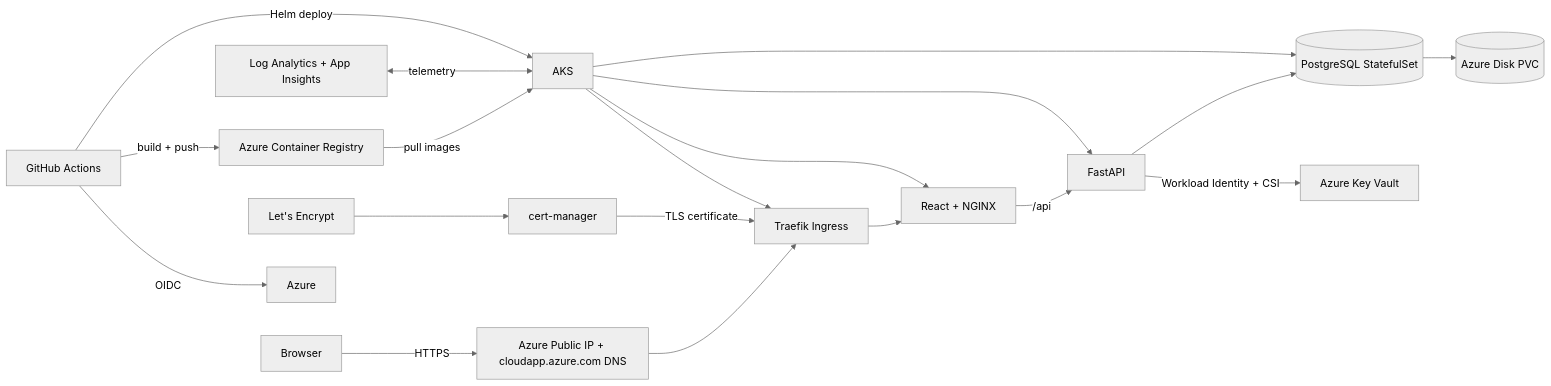
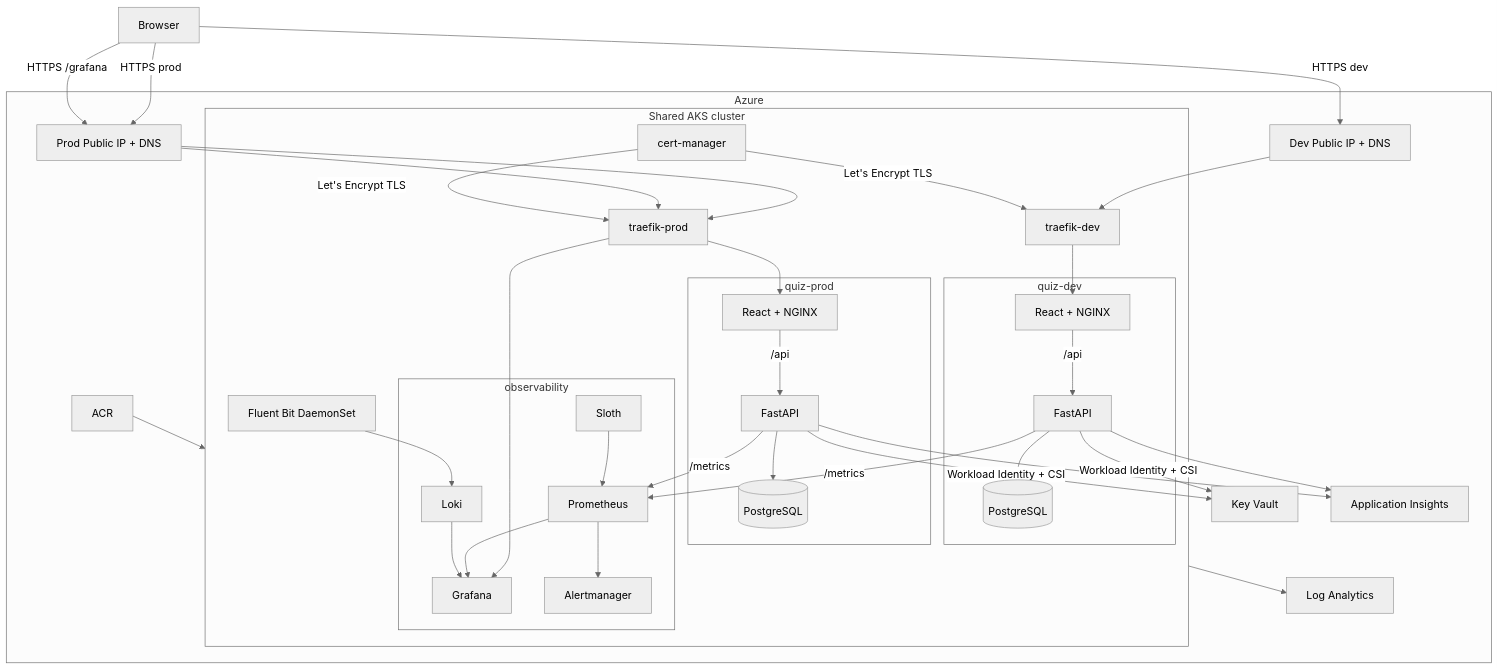
One commit to Fadi-Bedrossian/quiz_app changed the first of 4 diagrams in wiki/Architecture.md. Above: the diagram before and after it, drawn with Mermaid (neutral theme). The commit also changed other lines of this file and 6 other files, not shown here.

First line of the commit message:
Refresh wiki and docs for current architecture

````diff
--- a/wiki/Architecture.md
+++ b/wiki/Architecture.md
@@ -7,21 +20,63 @@
 ```mermaid
-flowchart LR
-    USER[Browser] -->|HTTPS| PIP[Azure Public IP + cloudapp.azure.com DNS]
-    PIP --> TR[Traefik Ingress]
-    LE[Let's Encrypt] --> CM[cert-manager]
-    CM -->|TLS certificate| TR
-    TR --> WEB[React + NGINX]
-    WEB -->|/api| API[FastAPI]
-    API --> PG[(PostgreSQL StatefulSet)]
-    PG --> DISK[(Azure Disk PVC)]
-    API -->|Workload Identity + CSI| KV[Azure Key Vault]
-    ACR[Azure Container Registry] -->|pull images| AKS[AKS]
-    AKS --> TR
-    AKS --> WEB
-    AKS --> API
-    AKS --> PG
-    MON[Log Analytics + App Insights] <-->|telemetry| AKS
-    GH[GitHub Actions] -->|OIDC| AZ[Azure]
-    GH -->|build + push| ACR
-    GH -->|Helm deploy| AKS
+flowchart TB
+    USER[Browser]
+
+    subgraph AZ[Azure]
+      subgraph AKS[Shared AKS cluster]
+        subgraph DEV[quiz-dev]
+          DWEB[React + NGINX]
+          DAPI[FastAPI]
+          DPG[(PostgreSQL)]
+        end
+
+        subgraph PROD[quiz-prod]
+          PWEB[React + NGINX]
+          PAPI[FastAPI]
+          PPG[(PostgreSQL)]
+        end
+
+        subgraph OBS[observability]
+          PROM[Prometheus]
+          GRAF[Grafana]
+          LOKI[Loki]
+          SLOTH[Sloth]
+          AM[Alertmanager]
+        end
+
+        DTR[traefik-dev]
+        PTR[traefik-prod]
+        CM[cert-manager]
+        FB[Fluent Bit DaemonSet]
+      end
+
+      DPIP[Dev Public IP + DNS]
+      PPIP[Prod Public IP + DNS]
+      KV[Key Vault]
+      ACR[ACR]
+      LAW[Log Analytics]
+      AI[Application Insights]
+    end
+
+    USER -->|HTTPS dev| DPIP --> DTR --> DWEB -->|/api| DAPI --> DPG
+    USER -->|HTTPS prod| PPIP --> PTR --> PWEB -->|/api| PAPI --> PPG
+    USER -->|HTTPS /grafana| PPIP --> PTR --> GRAF
+
+    CM -->|Let's Encrypt TLS| DTR
+    CM -->|Let's Encrypt TLS| PTR
+
+    DAPI -->|Workload Identity + CSI| KV
+    PAPI -->|Workload Identity + CSI| KV
+    ACR --> AKS
+
+    DAPI -->|/metrics| PROM
+    PAPI -->|/metrics| PROM
+    FB --> LOKI
+    PROM --> GRAF
+    LOKI --> GRAF
+    SLOTH --> PROM
+    PROM --> AM
+
+    AKS --> LAW
+    DAPI --> AI
+    PAPI --> AI
 ```
````
